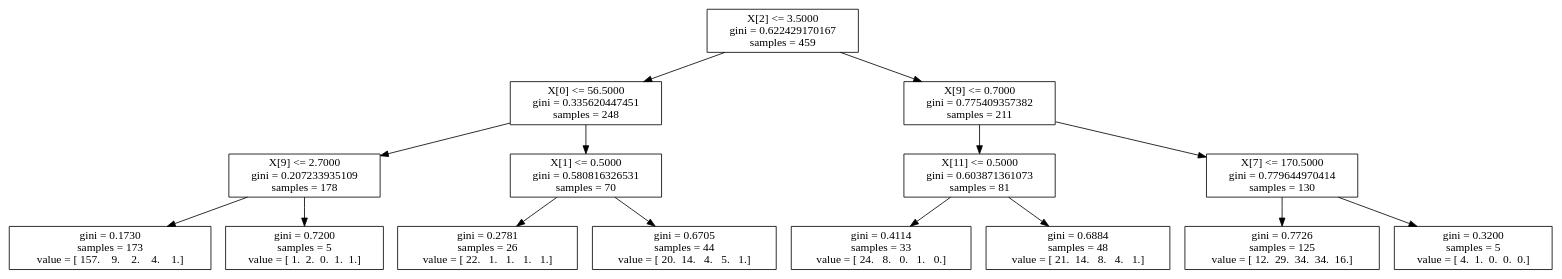
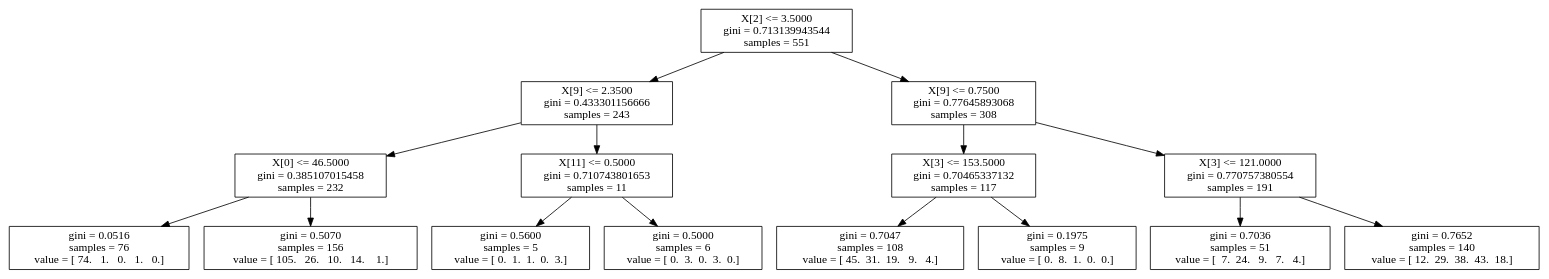
One commit to MedicalDataAnalysis/Heart_Disease-Wisconsin- changed the diagram in tree_max3.dot. Above: the diagram before and after it, drawn with Graphviz. The commit also changed 27 other files, not shown here.

```diff
--- a/tree_max3.dot
+++ b/tree_max3.dot
@@ -1,31 +1,31 @@
 digraph Tree {
-0 [label="X[2] <= 3.5000\ngini = 0.622429170167\nsamples = 459", shape="box"] ;
-1 [label="X[0] <= 56.5000\ngini = 0.335620447451\nsamples = 248", shape="box"] ;
+0 [label="X[2] <= 3.5000\ngini = 0.713139943544\nsamples = 551", shape="box"] ;
+1 [label="X[9] <= 2.3500\ngini = 0.433301156666\nsamples = 243", shape="box"] ;
 0 -> 1 ;
-2 [label="X[9] <= 2.7000\ngini = 0.207233935109\nsamples = 178", shape="box"] ;
+2 [label="X[0] <= 46.5000\ngini = 0.385107015458\nsamples = 232", shape="box"] ;
 1 -> 2 ;
-3 [label="gini = 0.1730\nsamples = 173\nvalue = [ 157.    9.    2.    4.    1.]", shape="box"] ;
+3 [label="gini = 0.0516\nsamples = 76\nvalue = [ 74.   1.   0.   1.   0.]", shape="box"] ;
 2 -> 3 ;
-4 [label="gini = 0.7200\nsamples = 5\nvalue = [ 1.  2.  0.  1.  1.]", shape="box"] ;
+4 [label="gini = 0.5070\nsamples = 156\nvalue = [ 105.   26.   10.   14.    1.]", shape="box"] ;
 2 -> 4 ;
-5 [label="X[1] <= 0.5000\ngini = 0.580816326531\nsamples = 70", shape="box"] ;
+5 [label="X[11] <= 0.5000\ngini = 0.710743801653\nsamples = 11", shape="box"] ;
 1 -> 5 ;
-6 [label="gini = 0.2781\nsamples = 26\nvalue = [ 22.   1.   1.   1.   1.]", shape="box"] ;
+6 [label="gini = 0.5600\nsamples = 5\nvalue = [ 0.  1.  1.  0.  3.]", shape="box"] ;
 5 -> 6 ;
-7 [label="gini = 0.6705\nsamples = 44\nvalue = [ 20.  14.   4.   5.   1.]", shape="box"] ;
+7 [label="gini = 0.5000\nsamples = 6\nvalue = [ 0.  3.  0.  3.  0.]", shape="box"] ;
 5 -> 7 ;
-8 [label="X[9] <= 0.7000\ngini = 0.775409357382\nsamples = 211", shape="box"] ;
+8 [label="X[9] <= 0.7500\ngini = 0.77645893068\nsamples = 308", shape="box"] ;
 0 -> 8 ;
-9 [label="X[11] <= 0.5000\ngini = 0.603871361073\nsamples = 81", shape="box"] ;
+9 [label="X[3] <= 153.5000\ngini = 0.70465337132\nsamples = 117", shape="box"] ;
 8 -> 9 ;
-10 [label="gini = 0.4114\nsamples = 33\nvalue = [ 24.   8.   0.   1.   0.]", shape="box"] ;
+10 [label="gini = 0.7047\nsamples = 108\nvalue = [ 45.  31.  19.   9.   4.]", shape="box"] ;
 9 -> 10 ;
-11 [label="gini = 0.6884\nsamples = 48\nvalue = [ 21.  14.   8.   4.   1.]", shape="box"] ;
+11 [label="gini = 0.1975\nsamples = 9\nvalue = [ 0.  8.  1.  0.  0.]", shape="box"] ;
 9 -> 11 ;
-12 [label="X[7] <= 170.5000\ngini = 0.779644970414\nsamples = 130", shape="box"] ;
+12 [label="X[3] <= 121.0000\ngini = 0.770757380554\nsamples = 191", shape="box"] ;
 8 -> 12 ;
-13 [label="gini = 0.7726\nsamples = 125\nvalue = [ 12.  29.  34.  34.  16.]", shape="box"] ;
+13 [label="gini = 0.7036\nsamples = 51\nvalue = [  7.  24.   9.   7.   4.]", shape="box"] ;
 12 -> 13 ;
-14 [label="gini = 0.3200\nsamples = 5\nvalue = [ 4.  1.  0.  0.  0.]", shape="box"] ;
+14 [label="gini = 0.7652\nsamples = 140\nvalue = [ 12.  29.  38.  43.  18.]", shape="box"] ;
 12 -> 14 ;
 }
```
